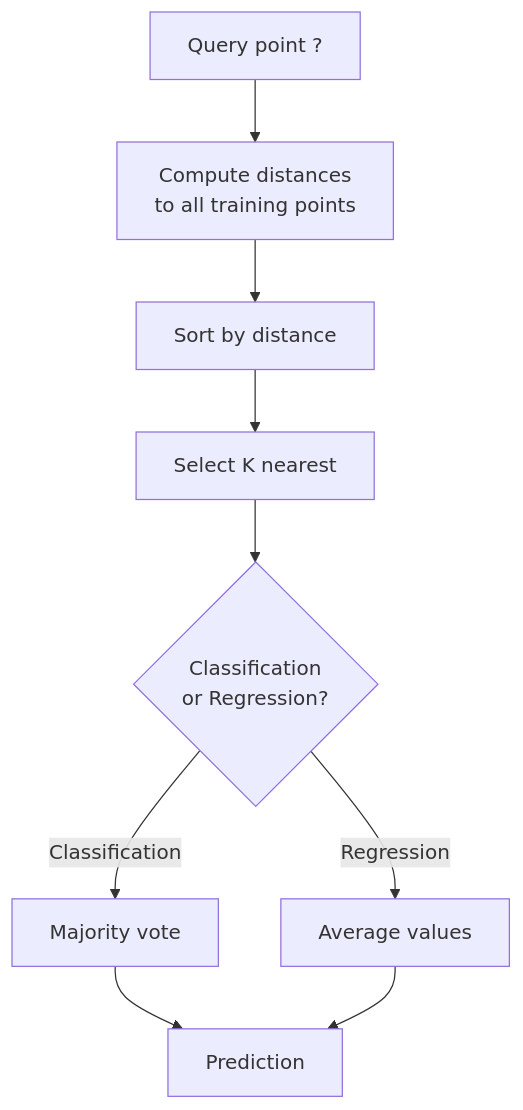
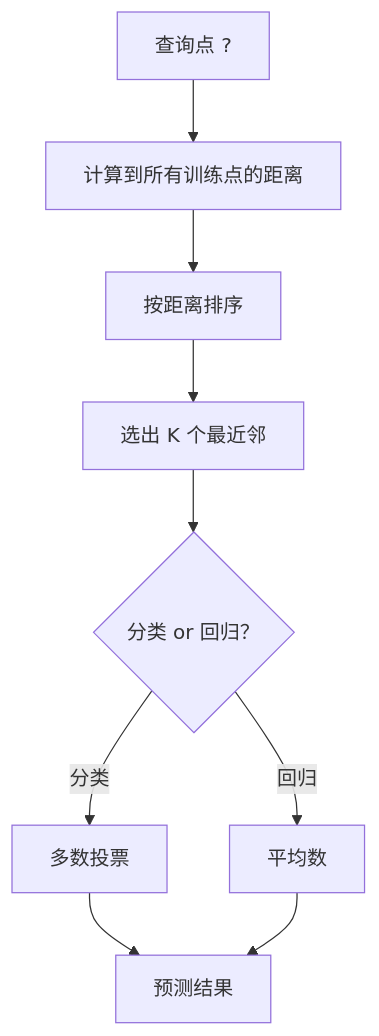
Before and after one commit to omigaZen/ai-engineering-from-scratch: the first of 3 diagrams in phases/02-ml-fundamentals/06-knn-and-distances/docs/zh.md, drawn with Mermaid. The commit also changed other lines of this file and 3 other files, not shown here.

````diff
--- a/phases/02-ml-fundamentals/06-knn-and-distances/docs/zh.md
+++ b/phases/02-ml-fundamentals/06-knn-and-distances/docs/zh.md
@@ -59,11 +39,11 @@
 ```mermaid
 graph TD
-    Q["Query point ?"] --> D["Compute distances<br>to all training points"]
-    D --> S["Sort by distance"]
-    S --> K["Select K nearest"]
-    K --> C{"Classification<br>or Regression?"}
-    C -->|Classification| V["Majority vote"]
-    C -->|Regression| A["Average values"]
-    V --> P["Prediction"]
+    Q["查询点 ?"] --> D["计算到所有训练点的距离"]
+    D --> S["按距离排序"]
+    S --> K["选出 K 个最近邻"]
+    K --> C{"分类 or 回归？"}
+    C -->|分类| V["多数投票"]
+    C -->|回归| A["平均数"]
+    V --> P["预测结果"]
     A --> P
 ```
````
